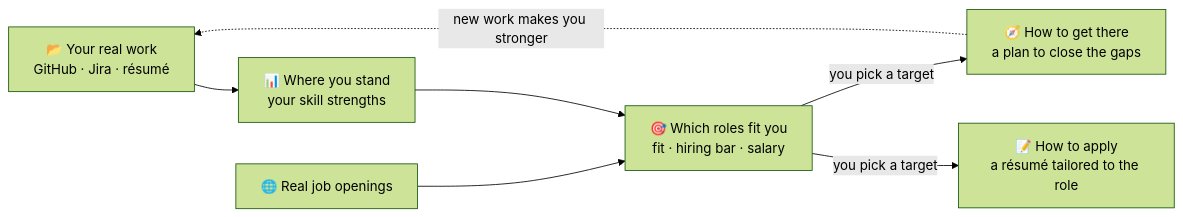
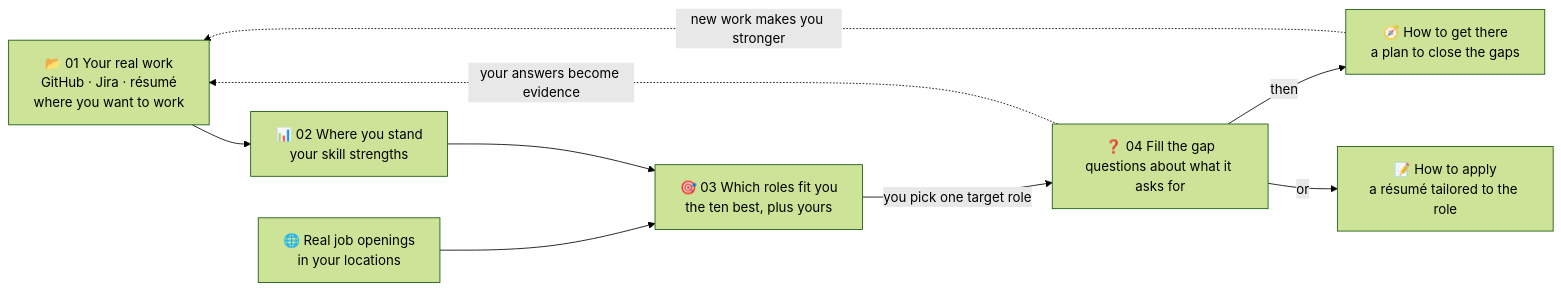
One commit to ycc789741ycc/career-polaris changed the diagram in README.md. Above: the diagram before and after it, drawn with Mermaid (forest theme). The commit also changed other lines of this file and 4 other files, not shown here.

````diff
--- a/README.md
+++ b/README.md
@@ -16,9 +16,11 @@
 ```mermaid
 flowchart LR
-  WORK["📂 Your real work<br/>GitHub · Jira · résumé"] --> STAND["📊 Where you stand<br/>your skill strengths"]
-  JOBS["🌐 Real job openings"] --> FIT["🎯 Which roles fit you<br/>fit · hiring bar · salary"]
+  WORK["📂 01 Your real work<br/>GitHub · Jira · résumé<br/>where you want to work"] --> STAND["📊 02 Where you stand<br/>your skill strengths"]
+  JOBS["🌐 Real job openings<br/>in your locations"] --> FIT["🎯 03 Which roles fit you<br/>the ten best, plus yours"]
   STAND --> FIT
-  FIT -->|"you pick a target"| PLAN["🧭 How to get there<br/>a plan to close the gaps"]
-  FIT -->|"you pick a target"| CV["📝 How to apply<br/>a résumé tailored to the role"]
+  FIT -->|"you pick one target role"| GAP["❓ 04 Fill the gap<br/>questions about what it asks for"]
+  GAP -->|"then"| PLAN["🧭 How to get there<br/>a plan to close the gaps"]
+  GAP -->|"or"| CV["📝 How to apply<br/>a résumé tailored to the role"]
+  GAP -. "your answers become evidence" .-> WORK
   PLAN -. "new work makes you stronger" .-> WORK
 ```
````
